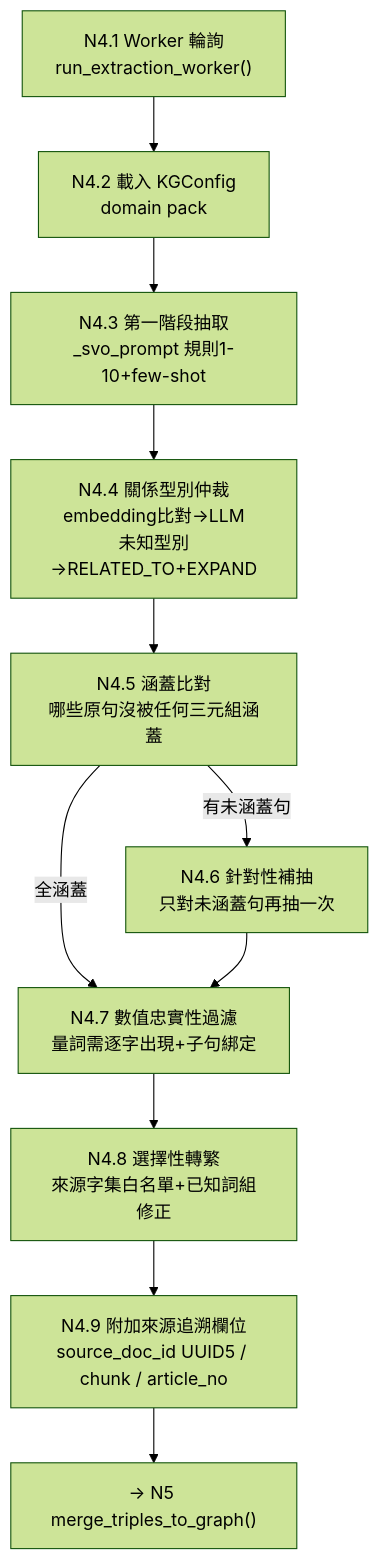
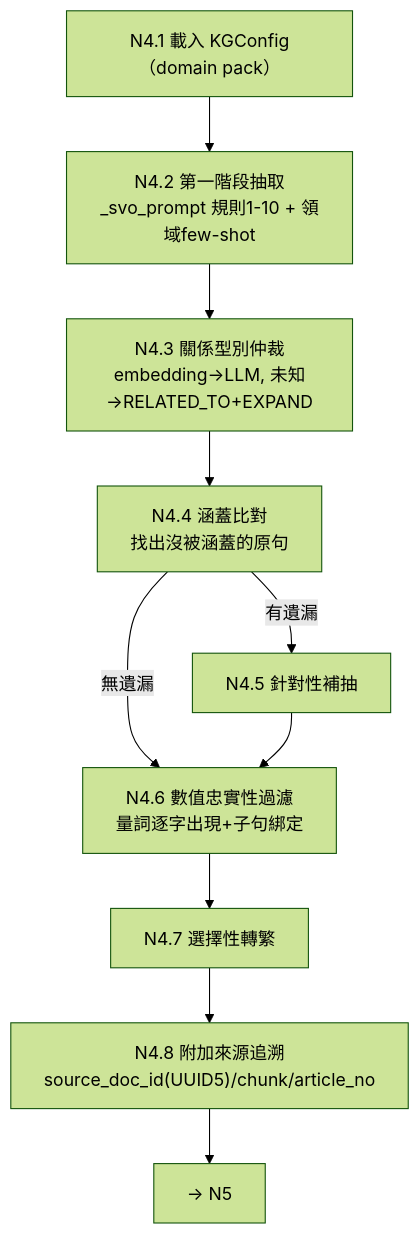
The sixth of 13 diagrams in docs/報告/95_專案節點流程總覽與設計說明.md (Chester930/world-knowledge-graph-rag), drawn with Mermaid (forest theme) before and after one commit. The commit also changed other lines of this file and 1 other file, not shown here.

````diff
--- a/docs/報告/95_專案節點流程總覽與設計說明.md
+++ b/docs/報告/95_專案節點流程總覽與設計說明.md
@@ -248,13 +211,12 @@
 ```mermaid
 flowchart TD
-    W["N4.1 Worker 輪詢<br/>run_extraction_worker()"] --> L["N4.2 載入 KGConfig<br/>domain pack"]
-    L --> E1["N4.3 第一階段抽取<br/>_svo_prompt 規則1-10+few-shot"]
-    E1 --> RT["N4.4 關係型別仲裁<br/>embedding比對→LLM<br/>未知型別→RELATED_TO+EXPAND"]
-    RT --> CV["N4.5 涵蓋比對<br/>哪些原句沒被任何三元組涵蓋"]
-    CV -- "有未涵蓋句" --> E2["N4.6 針對性補抽<br/>只對未涵蓋句再抽一次"]
-    CV -- "全涵蓋" --> QG
-    E2 --> QG["N4.7 數值忠實性過濾<br/>量詞需逐字出現+子句綁定"]
-    QG --> TR["N4.8 選擇性轉繁<br/>來源字集白名單+已知詞組修正"]
-    TR --> PV["N4.9 附加來源追溯欄位<br/>source_doc_id UUID5 / chunk / article_no"]
-    PV --> N5["→ N5 merge_triples_to_graph()"]
+    L["N4.1 載入 KGConfig（domain pack）"] --> E1["N4.2 第一階段抽取<br/>_svo_prompt 規則1-10 + 領域few-shot"]
+    E1 --> RT["N4.3 關係型別仲裁<br/>embedding→LLM, 未知→RELATED_TO+EXPAND"]
+    RT --> CV["N4.4 涵蓋比對<br/>找出沒被涵蓋的原句"]
+    CV -- "有遺漏" --> E2["N4.5 針對性補抽"]
+    CV -- "無遺漏" --> QG
+    E2 --> QG["N4.6 數值忠實性過濾<br/>量詞逐字出現+子句綁定"]
+    QG --> TR["N4.7 選擇性轉繁"]
+    TR --> PV["N4.8 附加來源追溯<br/>source_doc_id(UUID5)/chunk/article_no"]
+    PV --> N5["→ N5"]
 ```
````
